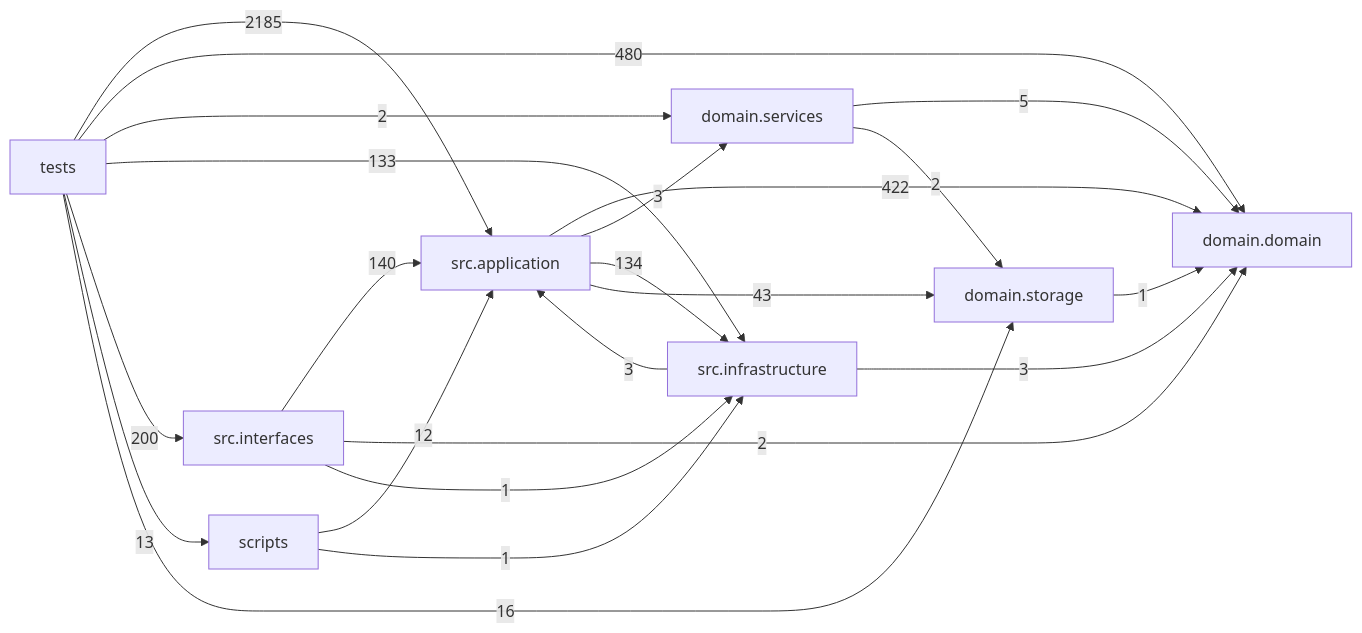
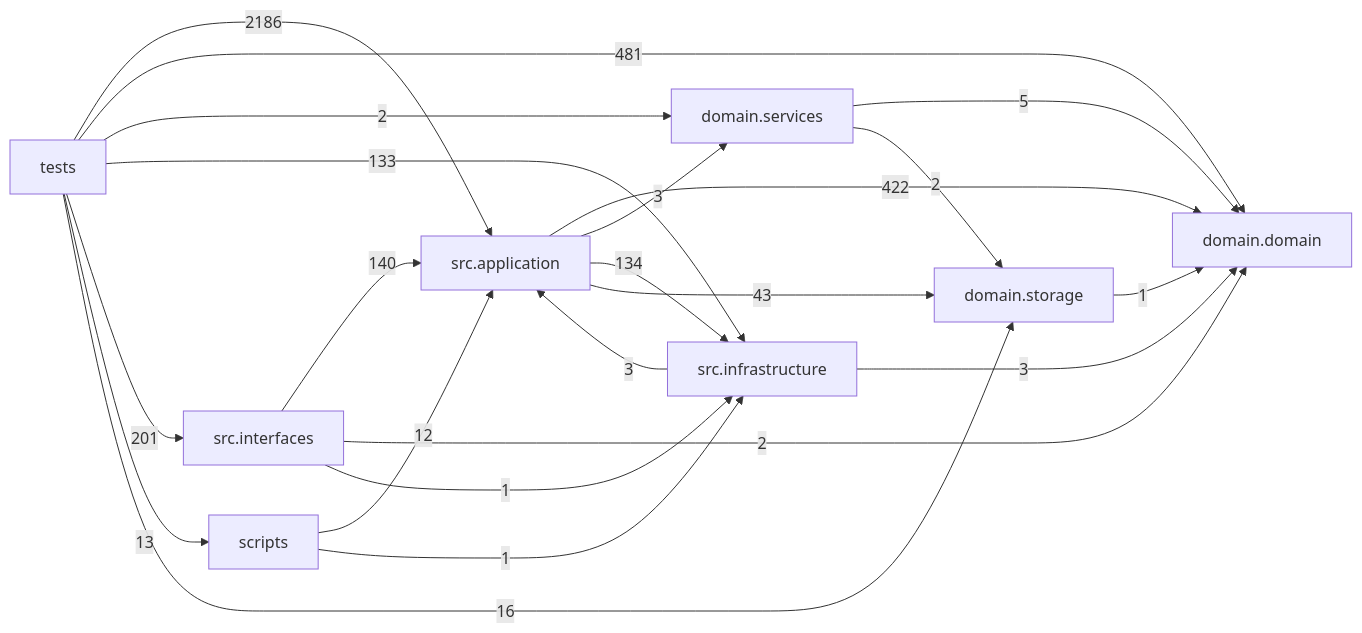
One commit to liuxie066/options-monitor changed the diagram in docs/DEPENDENCY_GRAPH.md. Above: the diagram before and after it, drawn with Mermaid. The commit also changed other lines of this file and 9 other files, not shown here.

````diff
--- a/docs/DEPENDENCY_GRAPH.md
+++ b/docs/DEPENDENCY_GRAPH.md
@@ -24,32 +24,32 @@
 ```mermaid
 flowchart LR
   tests["tests"]
   scripts["scripts"]
   interfaces["src.interfaces"]
   application["src.application"]
   infrastructure["src.infrastructure"]
   domain_services["domain.services"]
   domain["domain.domain"]
   storage["domain.storage"]
   application -->|422| domain
   application -->|3| domain_services
   application -->|134| infrastructure
   application -->|43| storage
   domain_services -->|5| domain
   domain_services -->|2| storage
   infrastructure -->|3| application
   infrastructure -->|3| domain
   interfaces -->|140| application
   interfaces -->|2| domain
   interfaces -->|1| infrastructure
   scripts -->|12| application
   scripts -->|1| infrastructure
   storage -->|1| domain
-  tests -->|2185| application
-  tests -->|480| domain
+  tests -->|2186| application
+  tests -->|481| domain
   tests -->|2| domain_services
   tests -->|133| infrastructure
-  tests -->|200| interfaces
+  tests -->|201| interfaces
   tests -->|13| scripts
   tests -->|16| storage
 ```
````
